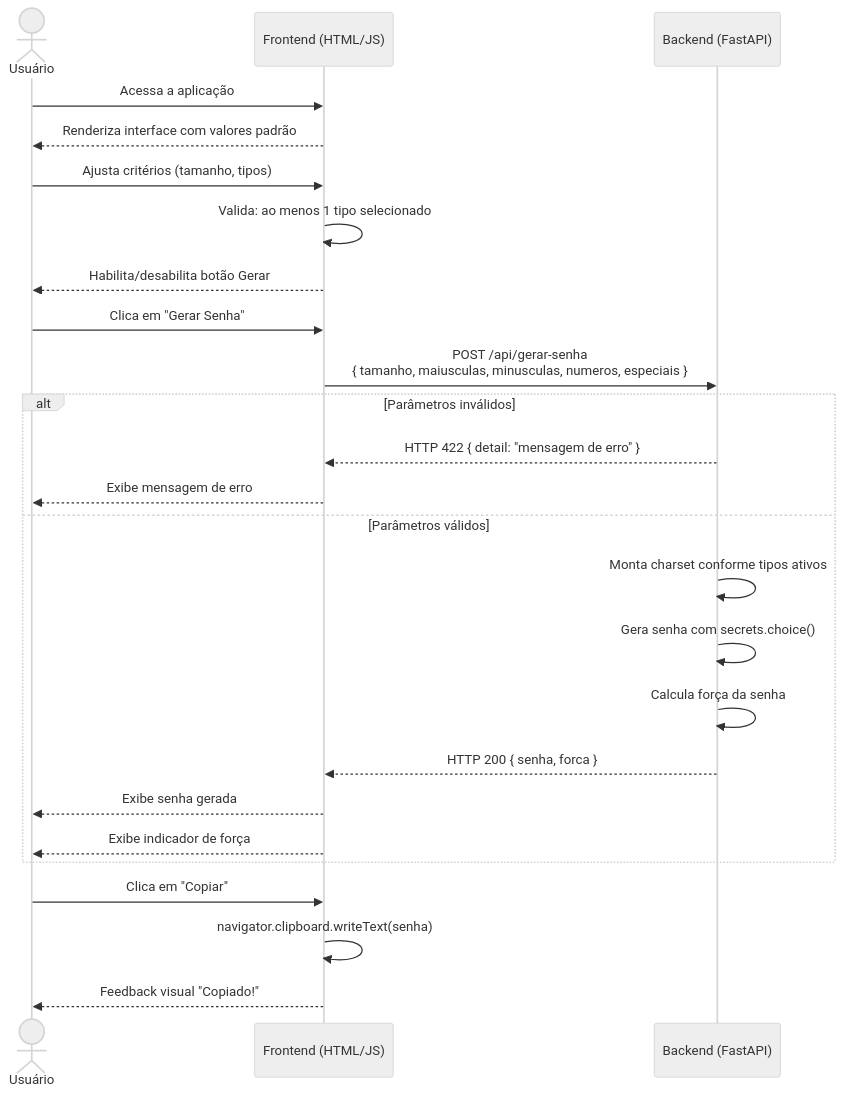
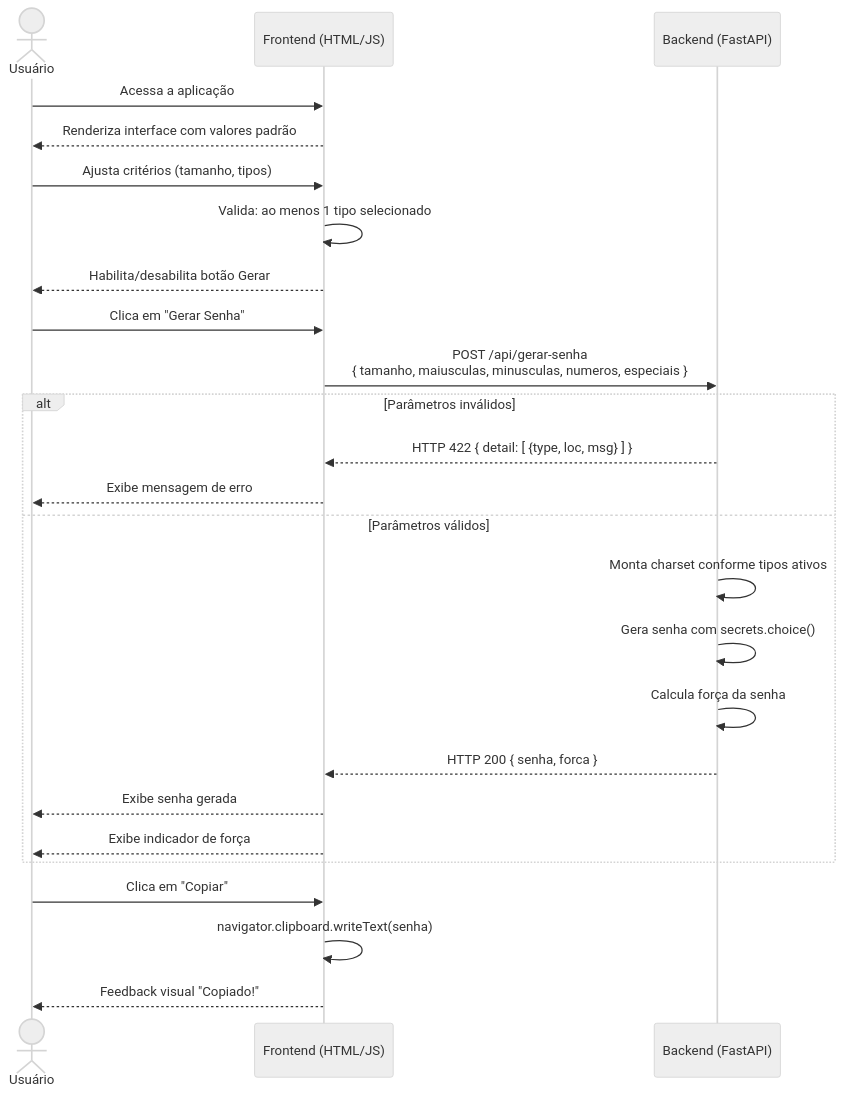
The diagram in docs/sequencia-api.md (toledoneto/ufg-pos-grad-module-01), drawn with Mermaid (neutral theme) before and after one commit. The commit also changed other lines of this file and 7 other files, not shown here.

````diff
--- a/docs/sequencia-api.md
+++ b/docs/sequencia-api.md
@@ -3,32 +3,32 @@
 ```mermaid
 sequenceDiagram
     actor U as Usuário
     participant F as Frontend (HTML/JS)
     participant B as Backend (FastAPI)
 
     U->>F: Acessa a aplicação
     F-->>U: Renderiza interface com valores padrão
 
     U->>F: Ajusta critérios (tamanho, tipos)
     F->>F: Valida: ao menos 1 tipo selecionado
     F-->>U: Habilita/desabilita botão Gerar
 
     U->>F: Clica em "Gerar Senha"
     F->>B: POST /api/gerar-senha<br/>{ tamanho, maiusculas, minusculas, numeros, especiais }
 
     alt Parâmetros inválidos
-        B-->>F: HTTP 422 { detail: "mensagem de erro" }
+        B-->>F: HTTP 422 { detail: [ {type, loc, msg} ] }
         F-->>U: Exibe mensagem de erro
     else Parâmetros válidos
         B->>B: Monta charset conforme tipos ativos
         B->>B: Gera senha com secrets.choice()
         B->>B: Calcula força da senha
         B-->>F: HTTP 200 { senha, forca }
         F-->>U: Exibe senha gerada
         F-->>U: Exibe indicador de força
     end
 
     U->>F: Clica em "Copiar"
     F->>F: navigator.clipboard.writeText(senha)
     F-->>U: Feedback visual "Copiado!"
 ```
````
